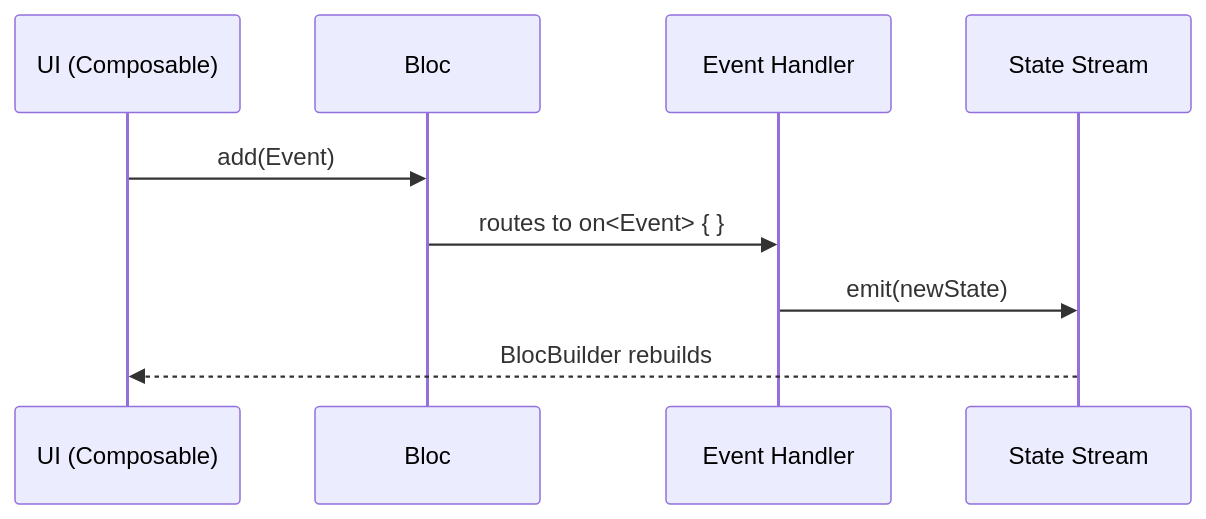
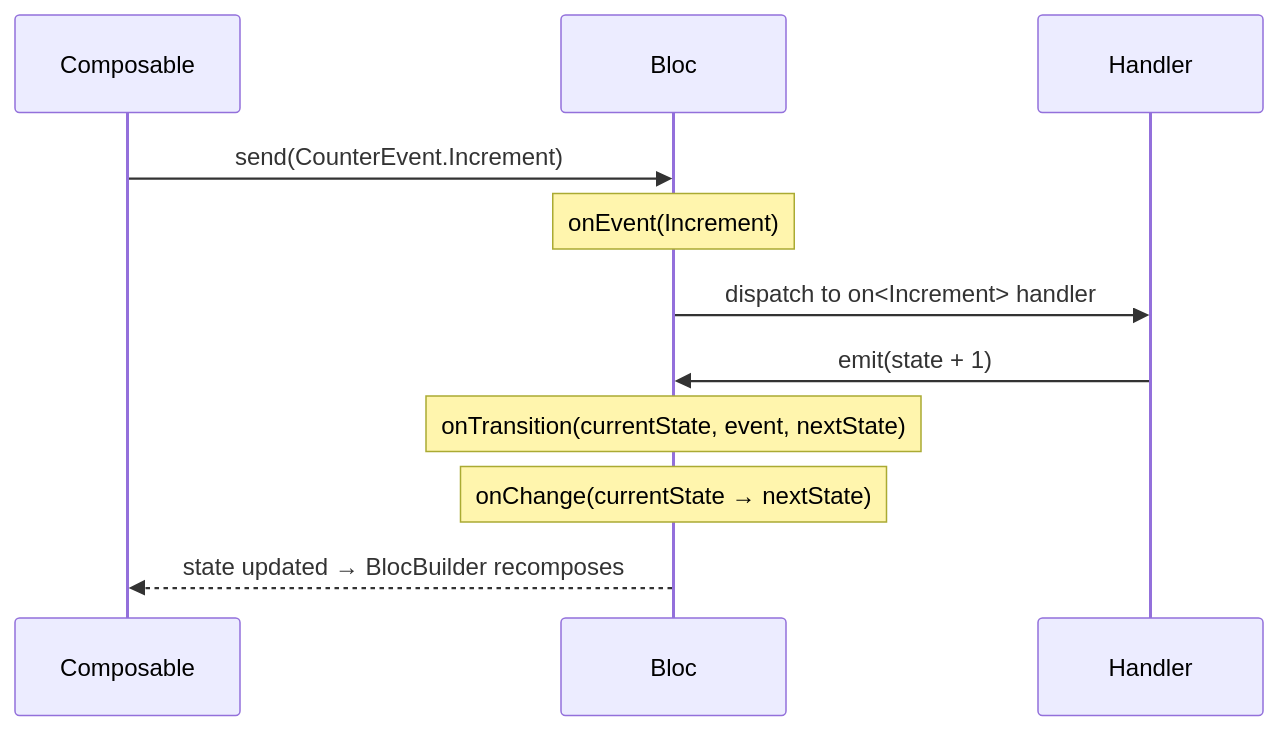
The second of 4 diagrams in README.md (sergiofraile/BlocKotlin), drawn with Mermaid before and after one commit. The commit also changed other lines of this file and 7 other files, not shown here.

````diff
--- a/README.md
+++ b/README.md
@@ -43,12 +77,14 @@
 ```mermaid
 sequenceDiagram
-    participant UI as UI (Composable)
-    participant Bloc
-    participant Handler as Event Handler
-    participant State as State Stream
+    participant V as Composable
+    participant B as Bloc
+    participant H as Handler
 
-    UI->>Bloc: add(Event)
-    Bloc->>Handler: routes to on<Event> { }
-    Handler->>State: emit(newState)
-    State-->>UI: BlocBuilder rebuilds
+    V->>B: send(CounterEvent.Increment)
+    Note over B: onEvent(Increment)
+    B->>H: dispatch to on<Increment> handler
+    H->>B: emit(state + 1)
+    Note over B: onTransition(currentState, event, nextState)
+    Note over B: onChange(currentState → nextState)
+    B-->>V: state updated → BlocBuilder recomposes
 ```
````
